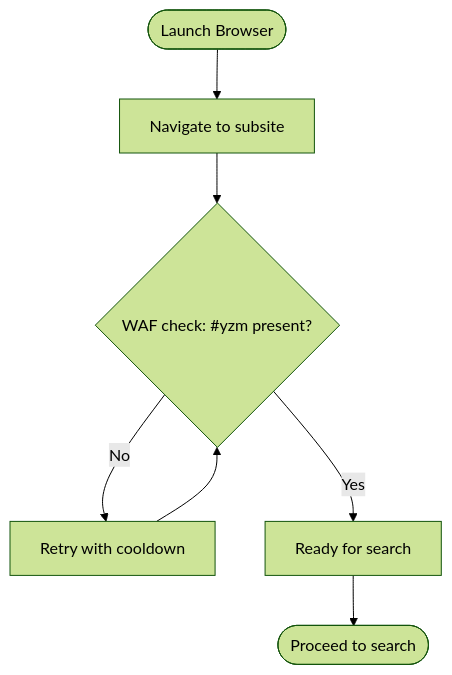
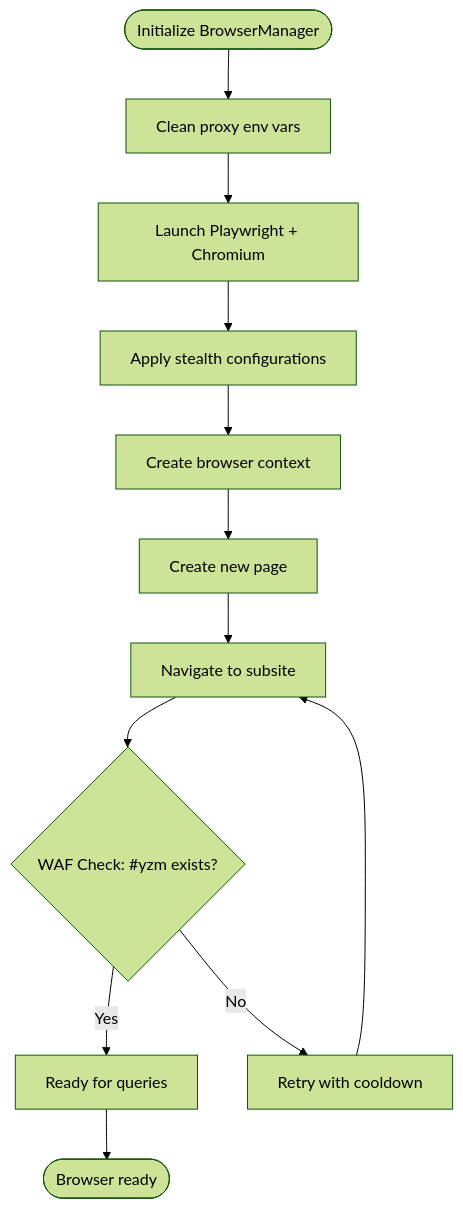
One commit to supotato-ipj/zxgk_auto_query-skill changed the fourth of 10 diagrams in .qoder/repowiki/en/content/Core Architecture/Core Architecture.md. Above: the diagram before and after it, drawn with Mermaid (forest theme). The commit also changed other lines of this file and 24 other files, not shown here.

````diff
--- a/.qoder/repowiki/en/content/Core Architecture/Core Architecture.md
+++ b/.qoder/repowiki/en/content/Core Architecture/Core Architecture.md
@@ -197,9 +375,14 @@
 ```mermaid
 flowchart TD
-Start(["Launch Browser"]) --> Nav["Navigate to subsite"]
-Nav --> WAF{"WAF check: #yzm present?"}
+Start(["Initialize BrowserManager"]) --> Clean["Clean proxy env vars"]
+Clean --> Launch["Launch Playwright + Chromium"]
+Launch --> Stealth["Apply stealth configurations"]
+Stealth --> Context["Create browser context"]
+Context --> Page["Create new page"]
+Page --> Navigate["Navigate to subsite"]
+Navigate --> WAF{"WAF Check: #yzm exists?"}
+WAF --> |Yes| Ready["Ready for queries"]
 WAF --> |No| Retry["Retry with cooldown"]
-Retry --> WAF
-WAF --> |Yes| Ready["Ready for search"]
-Ready --> End(["Proceed to search"])
+Retry --> Navigate
+Ready --> End(["Browser ready"])
 ```
````
